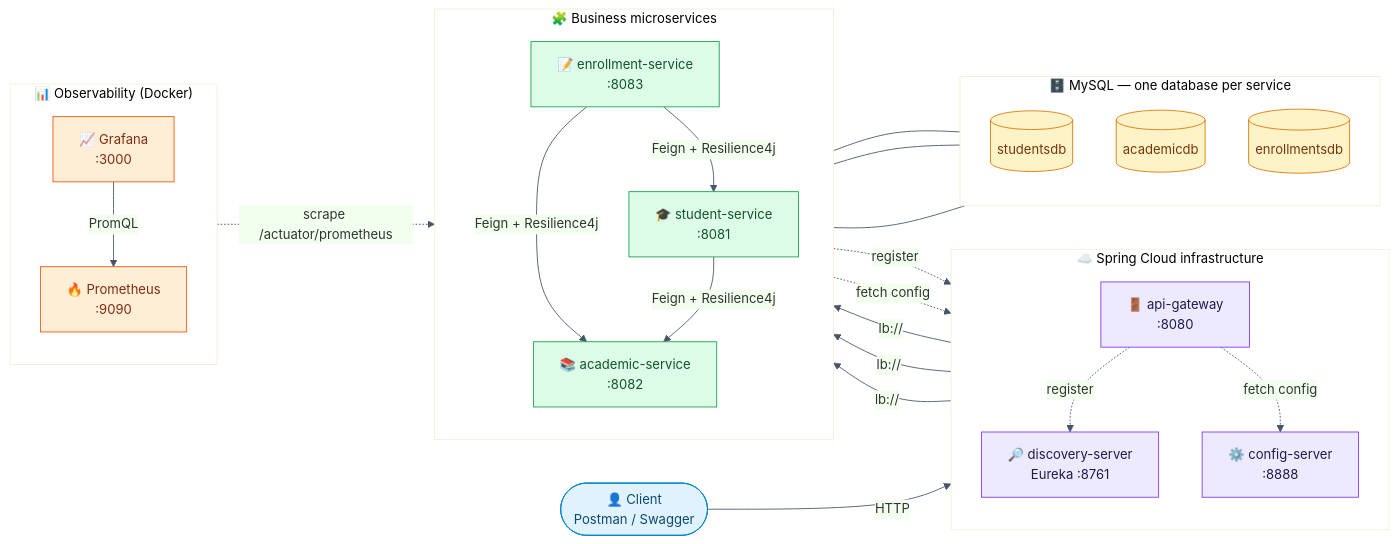
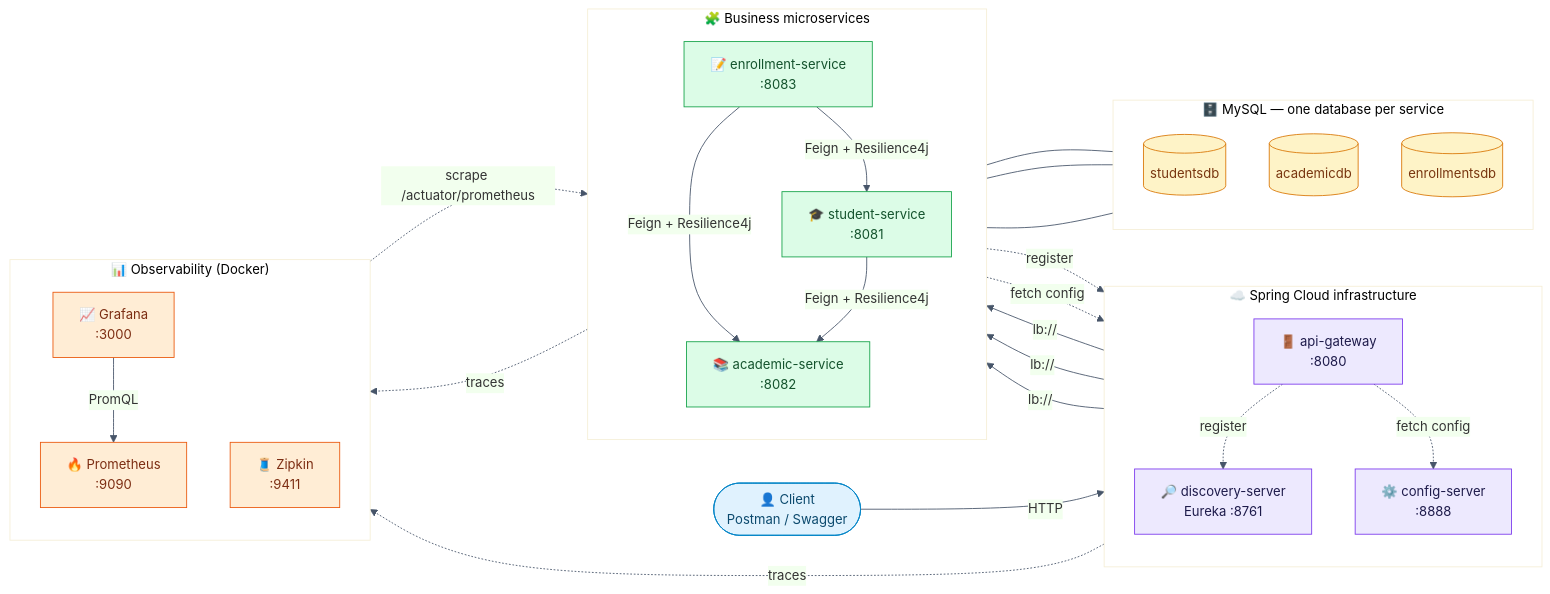
The diagram in README.md (Maher-Khemakhem/Devops-IGL5), drawn with Mermaid before and after one commit. The commit also changed other lines of this file and 11 other files, not shown here.

````diff
--- a/README.md
+++ b/README.md
@@ -20,64 +21,67 @@
 ```mermaid
 %%{init: {"theme":"base","themeVariables":{"fontSize":"15px","primaryColor":"#eef2ff","primaryBorderColor":"#6366f1","lineColor":"#475569"}}}%%
 flowchart LR
     client(["👤 Client<br/>Postman / Swagger"])
 
     subgraph infra["☁️ Spring Cloud infrastructure"]
         direction TB
         gateway["🚪 api-gateway<br/>:8080"]
         config["⚙️ config-server<br/>:8888"]
         eureka["🔎 discovery-server<br/>Eureka :8761"]
     end
 
     subgraph services["🧩 Business microservices"]
         direction TB
         student["🎓 student-service<br/>:8081"]
         academic["📚 academic-service<br/>:8082"]
         enrollment["📝 enrollment-service<br/>:8083"]
     end
 
     subgraph data["🗄️ MySQL — one database per service"]
         direction TB
         dbs[("studentsdb")]
         dba[("academicdb")]
         dbe[("enrollmentsdb")]
     end
 
     subgraph obs["📊 Observability (Docker)"]
         direction TB
         prom["🔥 Prometheus<br/>:9090"]
         graf["📈 Grafana<br/>:3000"]
+        zipkin["🧵 Zipkin<br/>:9411"]
     end
 
     client -->|HTTP| gateway
     gateway -->|"lb://"| student
     gateway -->|"lb://"| academic
     gateway -->|"lb://"| enrollment
 
     enrollment -->|"Feign + Resilience4j"| student
     enrollment -->|"Feign + Resilience4j"| academic
     student -->|"Feign + Resilience4j"| academic
 
     student --- dbs
     academic --- dba
     enrollment --- dbe
 
     services -.->|register| eureka
     gateway -.->|register| eureka
     services -.->|fetch config| config
     gateway -.->|fetch config| config
 
     prom -.->|"scrape /actuator/prometheus"| services
     graf -->|PromQL| prom
+    services -.->|"traces"| zipkin
+    gateway -.->|"traces"| zipkin
 
     classDef infraC fill:#ede9fe,stroke:#7c3aed,color:#1e1b4b
     classDef svcC fill:#dcfce7,stroke:#16a34a,color:#14532d
     classDef dbC fill:#fef3c7,stroke:#d97706,color:#78350f
     classDef obsC fill:#ffedd5,stroke:#ea580c,color:#7c2d12
     classDef cliC fill:#e0f2fe,stroke:#0284c7,color:#0c4a6e
     class gateway,config,eureka infraC
     class student,academic,enrollment svcC
     class dbs,dba,dbe dbC
-    class prom,graf obsC
+    class prom,graf,zipkin obsC
     class client cliC
 ```
````
